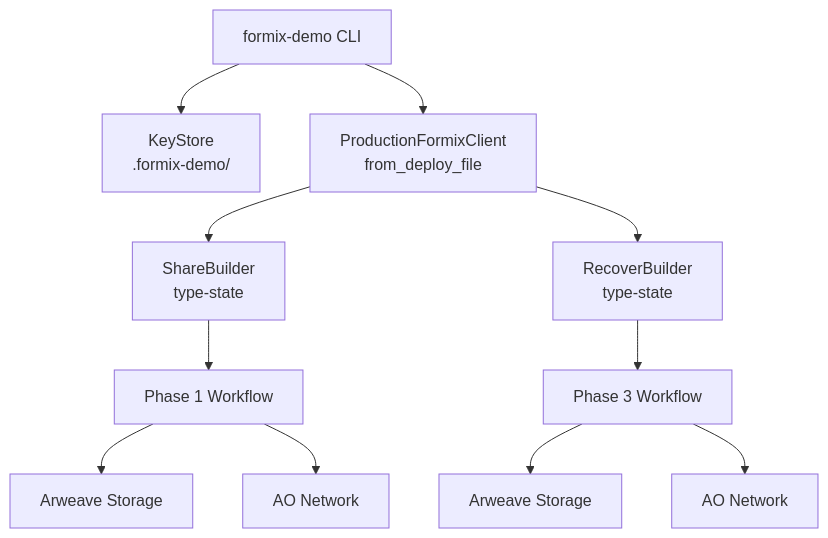
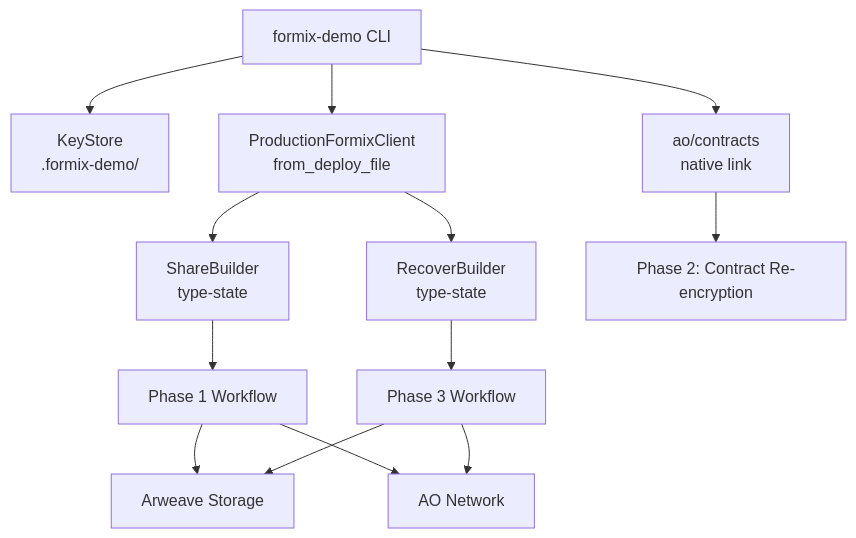
Before and after one commit to shodaimomiyama/D-TPRES: the second of 2 diagrams in demo/README.md, drawn with Mermaid. The commit also changed other lines of this file and 14 other files, not shown here.

````diff
--- a/demo/README.md
+++ b/demo/README.md
@@ -196,25 +301,27 @@
 ```mermaid
 graph TD
     CLI[formix-demo CLI]
     KS[KeyStore<br/>.formix-demo/]
     Client[ProductionFormixClient<br/>from_deploy_file]
+    Contract[ao/contracts<br/>native link]
     Share[ShareBuilder<br/>type-state]
     Recover[RecoverBuilder<br/>type-state]
     P1[Phase 1 Workflow]
+    P2[Phase 2: Contract Re-encryption]
     P3[Phase 3 Workflow]
     AR1[Arweave Storage]
     AO1[AO Network]
-    AR2[Arweave Storage]
-    AO2[AO Network]
 
     CLI --> KS
     CLI --> Client
+    CLI --> Contract
     Client --> Share
     Client --> Recover
     Share --> P1
     Recover --> P3
     P1 --> AR1
     P1 --> AO1
-    P3 --> AR2
-    P3 --> AO2
+    P3 --> AR1
+    P3 --> AO1
+    Contract --> P2
 ```
````
